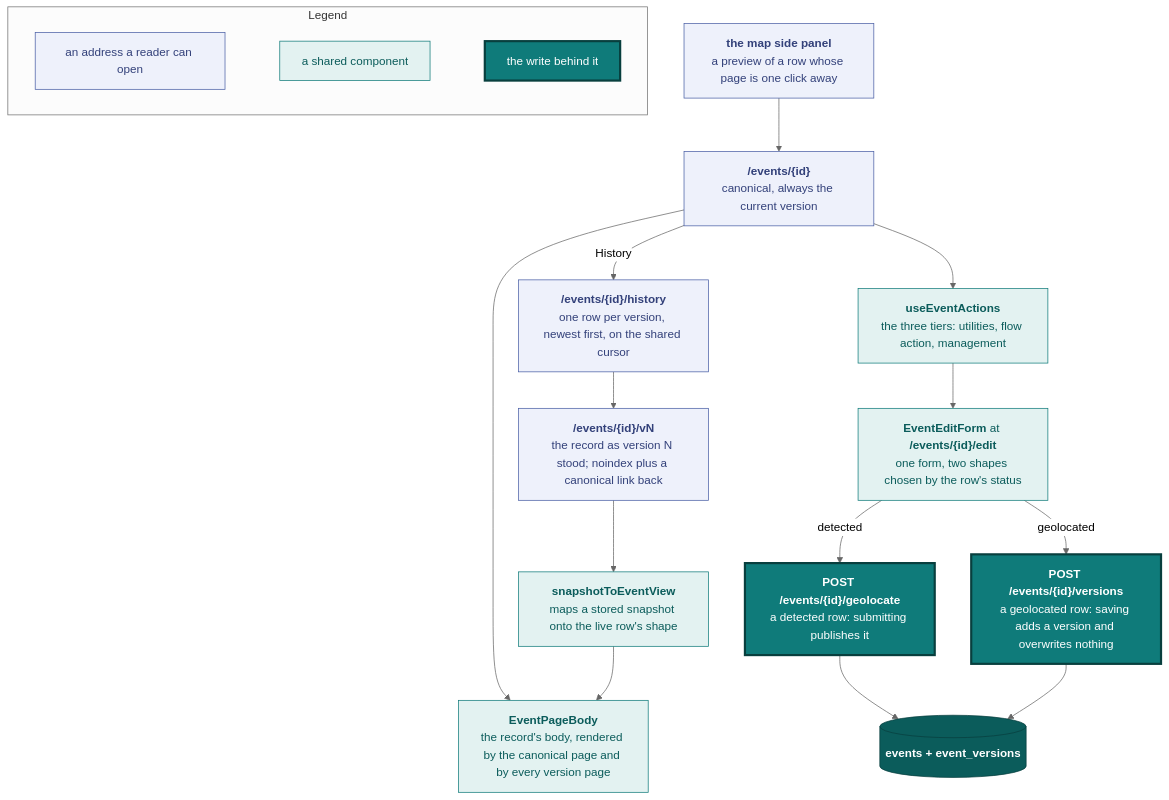
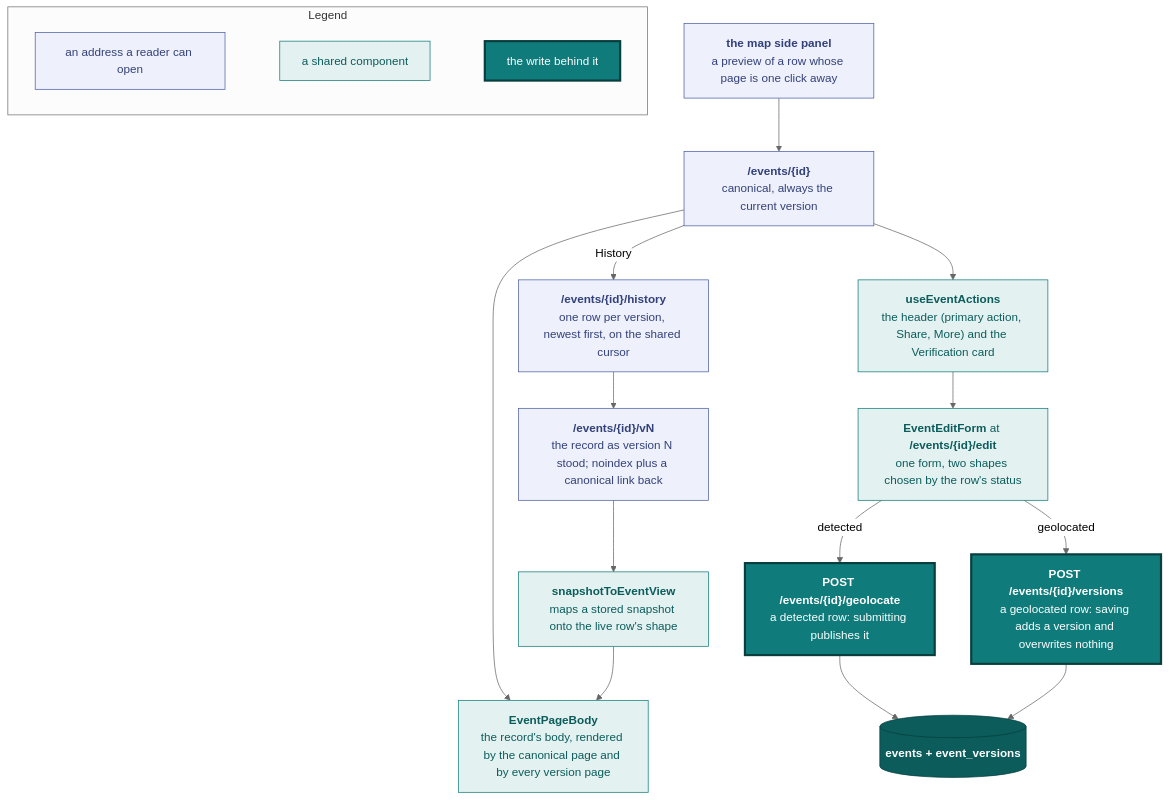
One commit to vidithq/vidit changed the third of 9 diagrams in docs/design.md. Above: the diagram before and after it, drawn with Mermaid (neutral theme). The commit also changed other lines of this file and 23 other files, not shown here.

First line of the commit message:
feat: rework the event page header and add a verification panel

````diff
--- a/docs/design.md
+++ b/docs/design.md
@@ -393,51 +394,51 @@
 ```mermaid
 flowchart TB
   classDef spec fill:#eef1fb,stroke:#4a5fa5,color:#33417a
   classDef shared fill:#e3f2f1,stroke:#0f7b7a,color:#0b5c5b
   classDef core fill:#0f7b7a,stroke:#083f3e,stroke-width:3px,color:#ffffff
   classDef store fill:#0b5c5b,stroke:#083f3e,color:#ffffff
 
   subgraph legend [Legend]
     direction LR
     l1["`an address a reader can open`"]:::spec
     l2["`a shared component`"]:::shared
     l3["`the write behind it`"]:::core
     l1 ~~~ l2 ~~~ l3
   end
 
   canonical["`**/events/{id}**
   canonical, always the current version`"]:::spec
   history["`**/events/{id}/history**
   one row per version, newest first, on the shared cursor`"]:::spec
   vn["`**/events/{id}/vN**
   the record as version N stood; noindex plus a canonical link back`"]:::spec
   panel["`**the map side panel**
   a preview of a row whose page is one click away`"]:::spec
 
   body["`**EventPageBody**
   the record's body, rendered by the canonical page and by every version page`"]:::shared
   snap["`**snapshotToEventView**
   maps a stored snapshot onto the live row's shape`"]:::shared
   actions["`**useEventActions**
-  the three tiers: utilities, flow action, management`"]:::shared
+  the header (primary action, Share, More) and the Verification card`"]:::shared
   form["`**EventEditForm** at **/events/{id}/edit**
   one form, two shapes chosen by the row's status`"]:::shared
 
   geo["`**POST /events/{id}/geolocate**
   a detected row: submitting publishes it`"]:::core
   ver["`**POST /events/{id}/versions**
   a geolocated row: saving adds a version and overwrites nothing`"]:::core
   rows[("`**events + event_versions**`")]:::store
 
   canonical --> body
   vn --> snap --> body
   canonical --> actions
   history --> vn
   canonical -->|"History"| history
   actions --> form
   panel --> canonical
   form -->|"detected"| geo
   form -->|"geolocated"| ver
   geo --> rows
   ver --> rows
 ```
````
